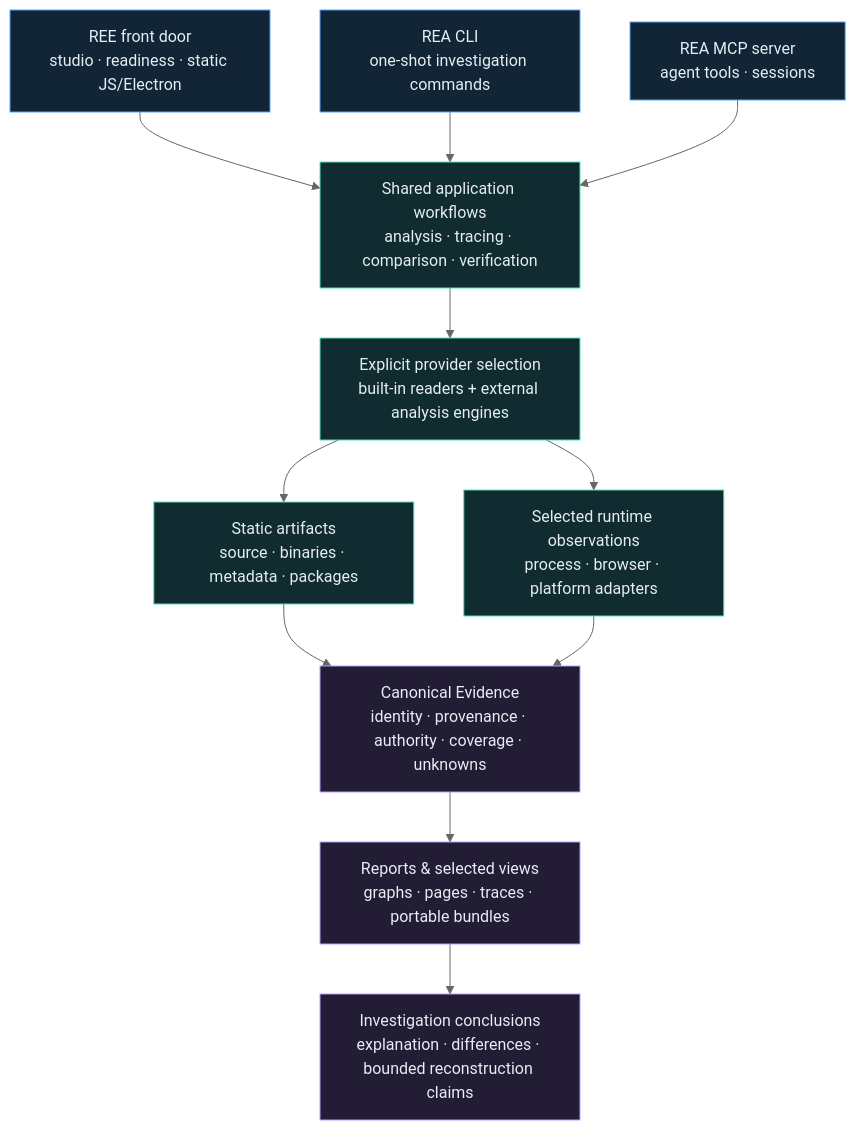
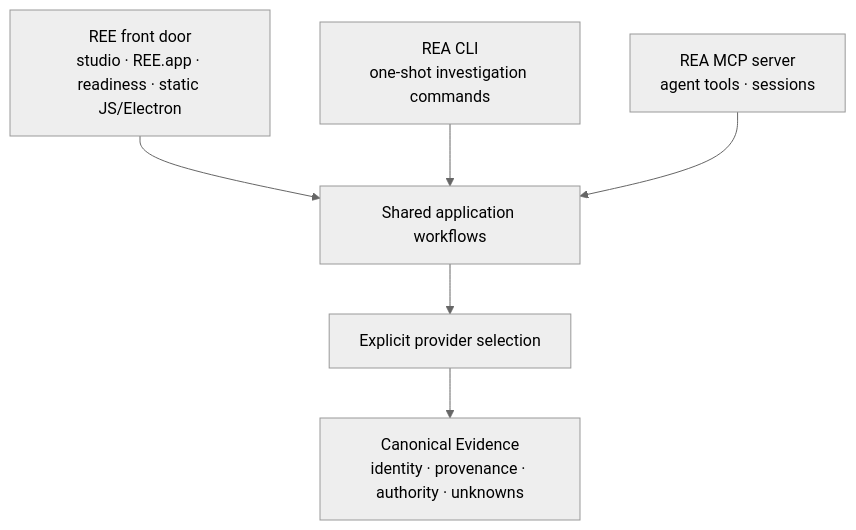
The diagram in README.md (gryszzz/reverse-engineer-everything), drawn with Mermaid (neutral theme) before and after one commit. The commit also changed other lines of this file and 9 other files, not shown here.

First line of the commit message:
docs(ree): revamp the product README with live studio shots

````diff
--- a/README.md
+++ b/README.md
@@ -190,29 +273,14 @@
 ```mermaid
 flowchart TB
-    REE["REE front door<br/>studio · readiness · static JS/Electron"]
+    REE["REE front door<br/>studio · REE.app · readiness · static JS/Electron"]
     CLI["REA CLI<br/>one-shot investigation commands"]
     MCP["REA MCP server<br/>agent tools · sessions"]
-    WORK["Shared application workflows<br/>analysis · tracing · comparison · verification"]
-    ROUTE["Explicit provider selection<br/>built-in readers + external analysis engines"]
-    STATIC["Static artifacts<br/>source · binaries · metadata · packages"]
-    RUNTIME["Selected runtime observations<br/>process · browser · platform adapters"]
-    EVIDENCE["Canonical Evidence<br/>identity · provenance · authority · coverage · unknowns"]
-    VIEWS["Reports & selected views<br/>graphs · pages · traces · portable bundles"]
-    CLAIMS["Investigation conclusions<br/>explanation · differences · bounded reconstruction claims"]
+    WORK["Shared application workflows"]
+    ROUTE["Explicit provider selection"]
+    EVIDENCE["Canonical Evidence<br/>identity · provenance · authority · unknowns"]
     REE --> WORK
     CLI --> WORK
     MCP --> WORK
     WORK --> ROUTE
-    ROUTE --> STATIC
-    ROUTE --> RUNTIME
-    STATIC --> EVIDENCE
-    RUNTIME --> EVIDENCE
-    EVIDENCE --> VIEWS
-    VIEWS --> CLAIMS
-    classDef entry fill:#112536,stroke:#58a6ff,color:#e6edf3
-    classDef core fill:#102c30,stroke:#56e0bd,color:#e6edf3
-    classDef result fill:#221c35,stroke:#b79cff,color:#e6edf3
-    class REE,CLI,MCP entry
-    class WORK,ROUTE,STATIC,RUNTIME core
-    class EVIDENCE,VIEWS,CLAIMS result
+    ROUTE --> EVIDENCE
 ```
````
